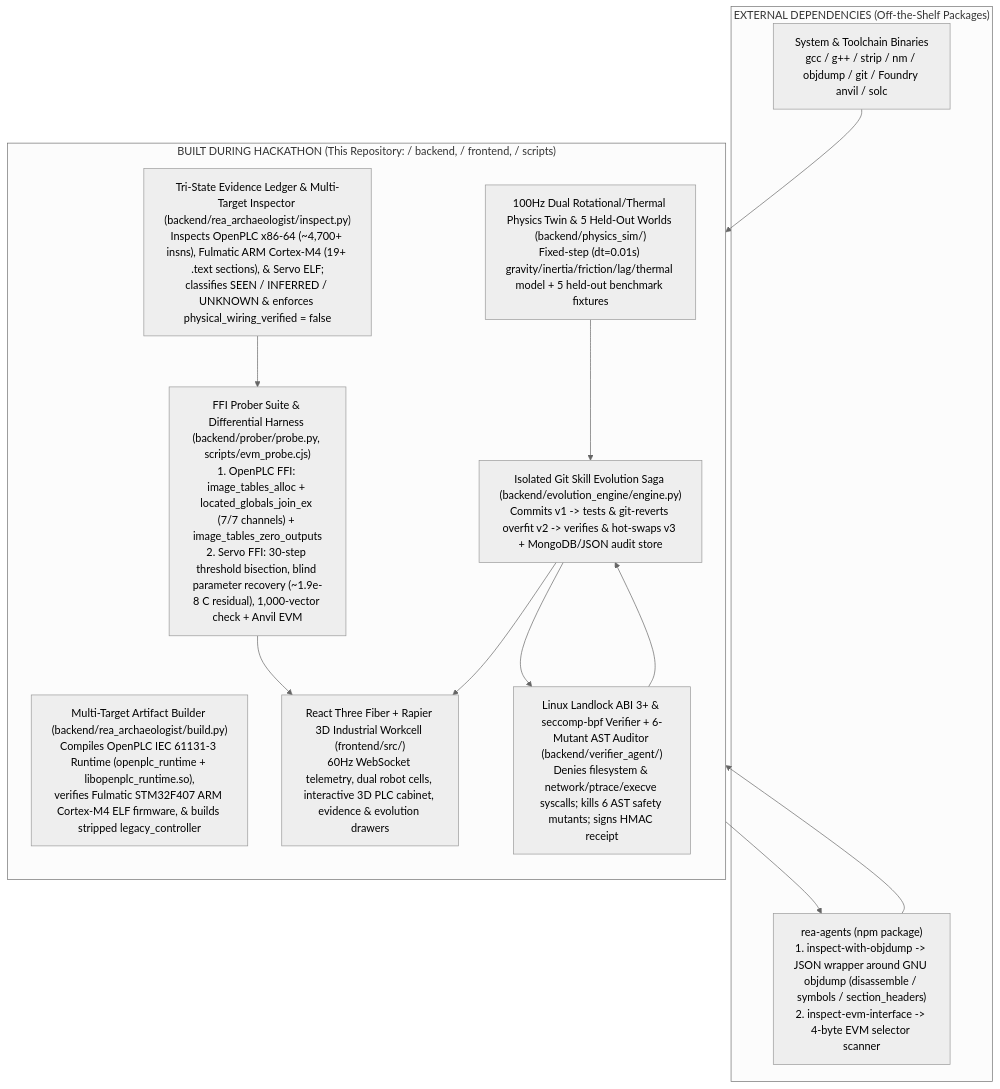
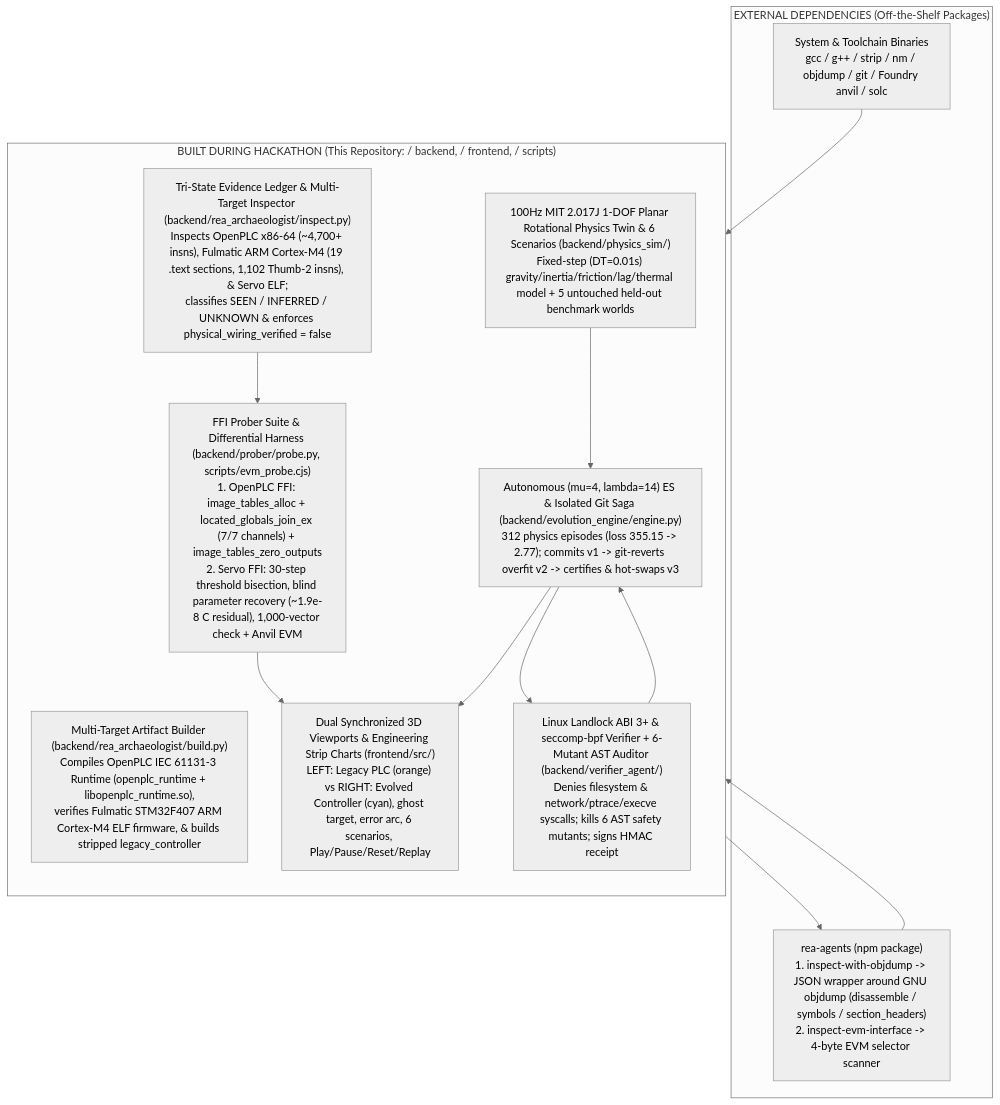
The diagram in README.md (manvendersingh21/LAZARUS-TWIN), drawn with Mermaid (neutral theme) before and after one commit. The commit also changed other lines of this file and 14 other files, not shown here.

Commit message:
feat(twin): faithful 1-DOF dual 3D viewports, 6 backend scenarios, Play/Pause/Reset/Replay controls, synchronized time-series graphs, and 312-episode Autonomous ES

````diff
--- a/README.md
+++ b/README.md
@@ -77,23 +153,23 @@
 ```mermaid
 flowchart TB
   subgraph EXT["EXTERNAL DEPENDENCIES (Off-the-Shelf Packages)"]
     REA["rea-agents (npm package)<br/>1. inspect-with-objdump -> JSON wrapper around GNU objdump (disassemble / symbols / section_headers)<br/>2. inspect-evm-interface -> 4-byte EVM selector scanner"]
     TOOLS["System & Toolchain Binaries<br/>gcc / g++ / strip / nm / objdump / git / Foundry anvil / solc"]
   end
 
   subgraph BUILT["BUILT DURING HACKATHON (This Repository: / backend, / frontend, / scripts)"]
     direction TB
     BUILD["Multi-Target Artifact Builder (backend/rea_archaeologist/build.py)<br/>Compiles OpenPLC IEC 61131-3 Runtime (openplc_runtime + libopenplc_runtime.so),<br/>verifies Fulmatic STM32F407 ARM Cortex-M4 ELF firmware, & builds stripped legacy_controller"]
-    LEDGER["Tri-State Evidence Ledger & Multi-Target Inspector (backend/rea_archaeologist/inspect.py)<br/>Inspects OpenPLC x86-64 (~4,700+ insns), Fulmatic ARM Cortex-M4 (19+ .text sections), & Servo ELF;<br/>classifies SEEN / INFERRED / UNKNOWN & enforces physical_wiring_verified = false"]
+    LEDGER["Tri-State Evidence Ledger & Multi-Target Inspector (backend/rea_archaeologist/inspect.py)<br/>Inspects OpenPLC x86-64 (~4,700+ insns), Fulmatic ARM Cortex-M4 (19 .text sections, 1,102 Thumb-2 insns), & Servo ELF;<br/>classifies SEEN / INFERRED / UNKNOWN & enforces physical_wiring_verified = false"]
     PROBER["FFI Prober Suite & Differential Harness (backend/prober/probe.py, scripts/evm_probe.cjs)<br/>1. OpenPLC FFI: image_tables_alloc + located_globals_join_ex (7/7 channels) + image_tables_zero_outputs<br/>2. Servo FFI: 30-step threshold bisection, blind parameter recovery (~1.9e-8 C residual), 1,000-vector check + Anvil EVM"]
-    SIM["100Hz Dual Rotational/Thermal Physics Twin & 5 Held-Out Worlds (backend/physics_sim/)<br/>Fixed-step (dt=0.01s) gravity/inertia/friction/lag/thermal model + 5 held-out benchmark fixtures"]
+    SIM["100Hz MIT 2.017J 1-DOF Planar Rotational Physics Twin & 6 Scenarios (backend/physics_sim/)<br/>Fixed-step (DT=0.01s) gravity/inertia/friction/lag/thermal model + 5 untouched held-out benchmark worlds"]
     SANDBOX["Linux Landlock ABI 3+ & seccomp-bpf Verifier + 6-Mutant AST Auditor (backend/verifier_agent/)<br/>Denies filesystem & network/ptrace/execve syscalls; kills 6 AST safety mutants; signs HMAC receipt"]
-    SAGA["Isolated Git Skill Evolution Saga (backend/evolution_engine/engine.py)<br/>Commits v1 -> tests & git-reverts overfit v2 -> verifies & hot-swaps v3 + MongoDB/JSON audit store"]
-    UI["React Three Fiber + Rapier 3D Industrial Workcell (frontend/src/)<br/>60Hz WebSocket telemetry, dual robot cells, interactive 3D PLC cabinet, evidence & evolution drawers"]
+    SAGA["Autonomous (mu=4, lambda=14) ES & Isolated Git Saga (backend/evolution_engine/engine.py)<br/>312 physics episodes (loss 355.15 -> 2.77); commits v1 -> git-reverts overfit v2 -> certifies & hot-swaps v3"]
+    UI["Dual Synchronized 3D Viewports & Engineering Strip Charts (frontend/src/)<br/>LEFT: Legacy PLC (orange) vs RIGHT: Evolved Controller (cyan), ghost target, error arc, 6 scenarios, Play/Pause/Reset/Replay"]
   end
 
   TOOLS --> BUILD --> REA --> LEDGER --> PROBER
   PROBER --> UI
   SIM --> SAGA --> SANDBOX --> SAGA
   SAGA --> UI
 ```
````
